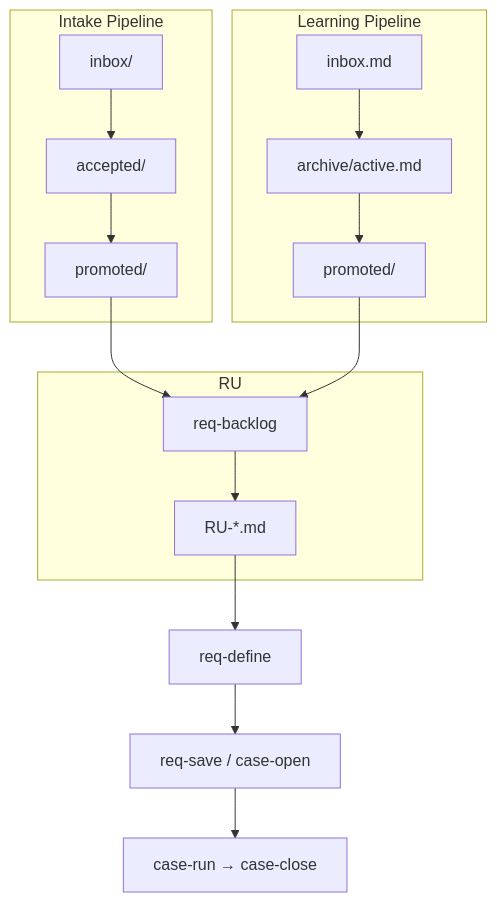
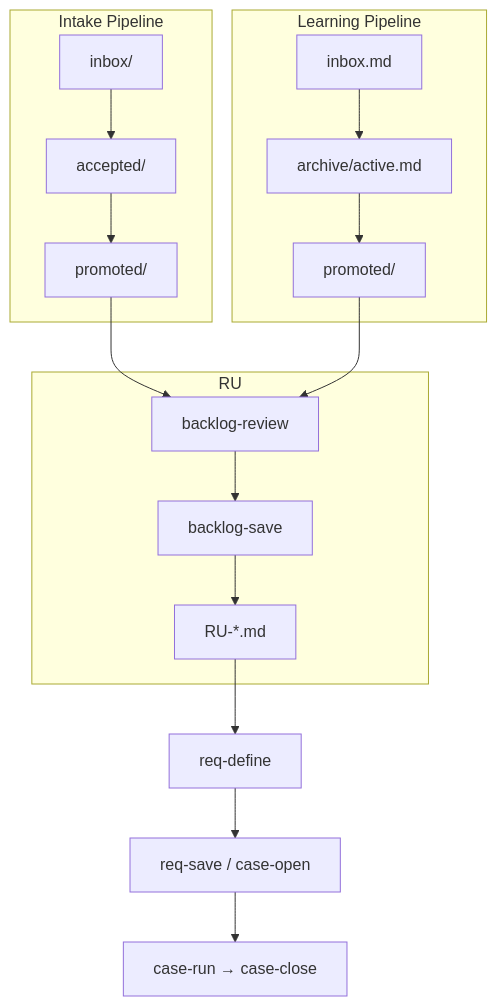
Before and after one commit to yogata/agent-dev-flow: the first of 6 diagrams in docs/guides/domain-state-lifecycle.md, drawn with Mermaid. The commit also changed other lines of this file and 31 other files, not shown here.

First line of the commit message:
feat: backlog-review / backlog-save コマンド分割

````diff
--- a/docs/guides/domain-state-lifecycle.md
+++ b/docs/guides/domain-state-lifecycle.md
@@ -9,19 +9,20 @@
 ```mermaid
 flowchart TD
     subgraph intake["Intake Pipeline"]
         IC["inbox/"] --> IR["accepted/"]
         IR --> IP["promoted/"]
     end
     subgraph learning["Learning Pipeline"]
         LC["inbox.md"] --> LR["archive/active.md"]
         LR --> LP["promoted/"]
     end
-    IP --> RB
-    LP --> RB
+    IP --> BR
+    LP --> BR
     subgraph ru["RU"]
-        RB["req-backlog"] --> RU["RU-*.md"]
+        BR["backlog-review"] --> BS["backlog-save"]
+        BS --> RU["RU-*.md"]
     end
     RU --> RD["req-define"]
     RD --> RS["req-save / case-open"]
     RS --> CR["case-run → case-close"]
 ```
````
